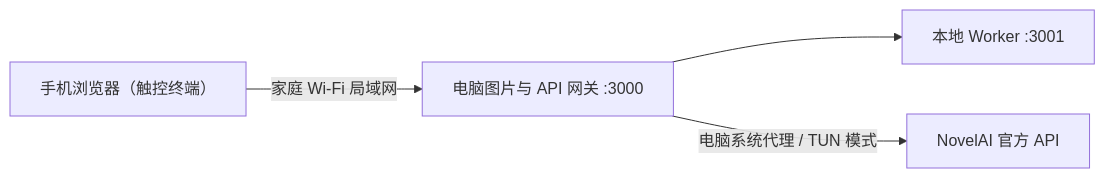
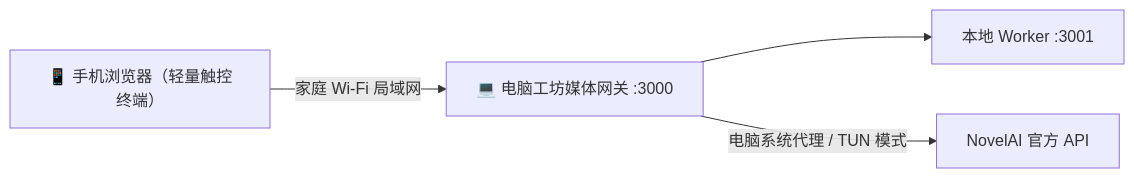
Before and after one commit to HelloQun54321/nai-atelier: the first of 2 diagrams in README.md, drawn with Mermaid. The commit also changed other lines of this file and 6 other files, not shown here.

````diff
--- a/README.md
+++ b/README.md
@@ -229,6 +124,6 @@
 ```mermaid
 flowchart LR
-    P["手机浏览器（触控终端）"] -->|家庭 Wi-Fi 局域网| G["电脑图片与 API 网关 :3000"]
+    P["📱 手机浏览器（轻量触控终端）"] -->|家庭 Wi-Fi 局域网| G["💻 电脑工坊媒体网关 :3000"]
     G --> W["本地 Worker :3001"]
     G -->|电脑系统代理 / TUN 模式| N["NovelAI 官方 API"]
 ```
````
